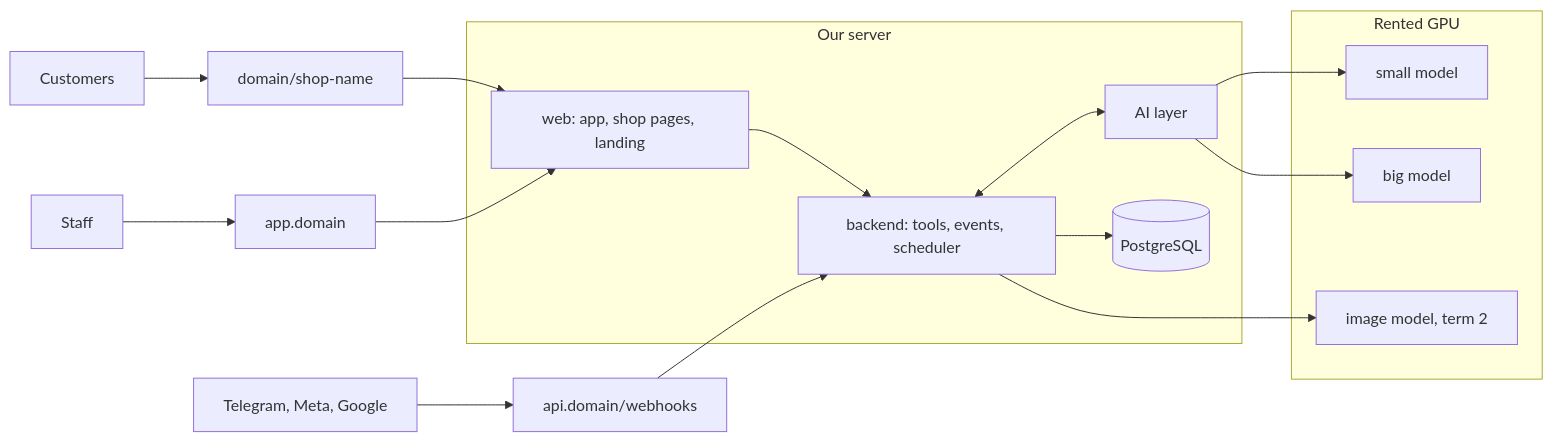
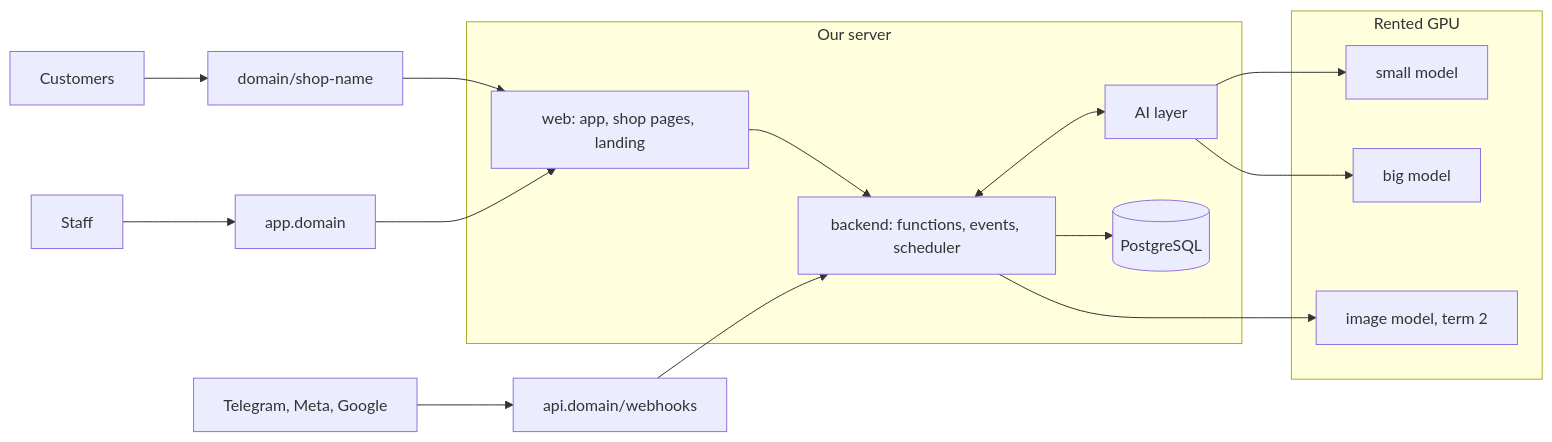
Diagram 11 of 11 in technical-structure.md (puagraduationproject/graduationproject), drawn with Mermaid before and after one commit. The commit also changed other lines of this file and 2 other files, not shown here.

Commit message:
Design: tools are now called functions

````diff
--- a/technical-structure.md
+++ b/technical-structure.md
@@ -2034,24 +2037,24 @@
 ```mermaid
 flowchart LR
   CU["Customers"] --> SHOP["domain/shop-name"]
   SF["Staff"] --> APPD["app.domain"]
   EXT["Telegram, Meta, Google"] --> HOOK["api.domain/webhooks"]
   subgraph SRV["Our server"]
     WEB["web: app, shop pages, landing"]
-    API["backend: tools, events, scheduler"]
+    API["backend: functions, events, scheduler"]
     AGT["AI layer"]
     PG[("PostgreSQL")]
   end
   subgraph GPU["Rented GPU"]
     M1["small model"]
     M2["big model"]
     M3["image model, term 2"]
   end
   SHOP & APPD --> WEB
   WEB --> API
   HOOK --> API
   API --> PG
   API <--> AGT
   AGT --> M1 & M2
   API --> M3
 ```
````
